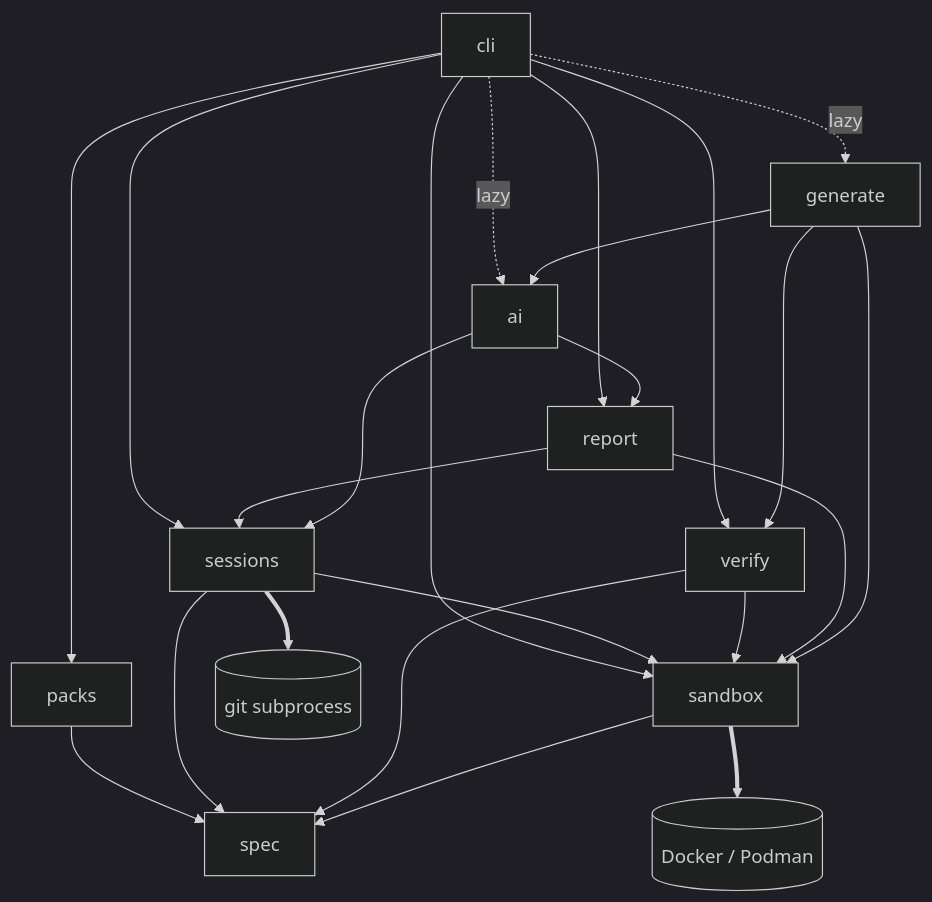
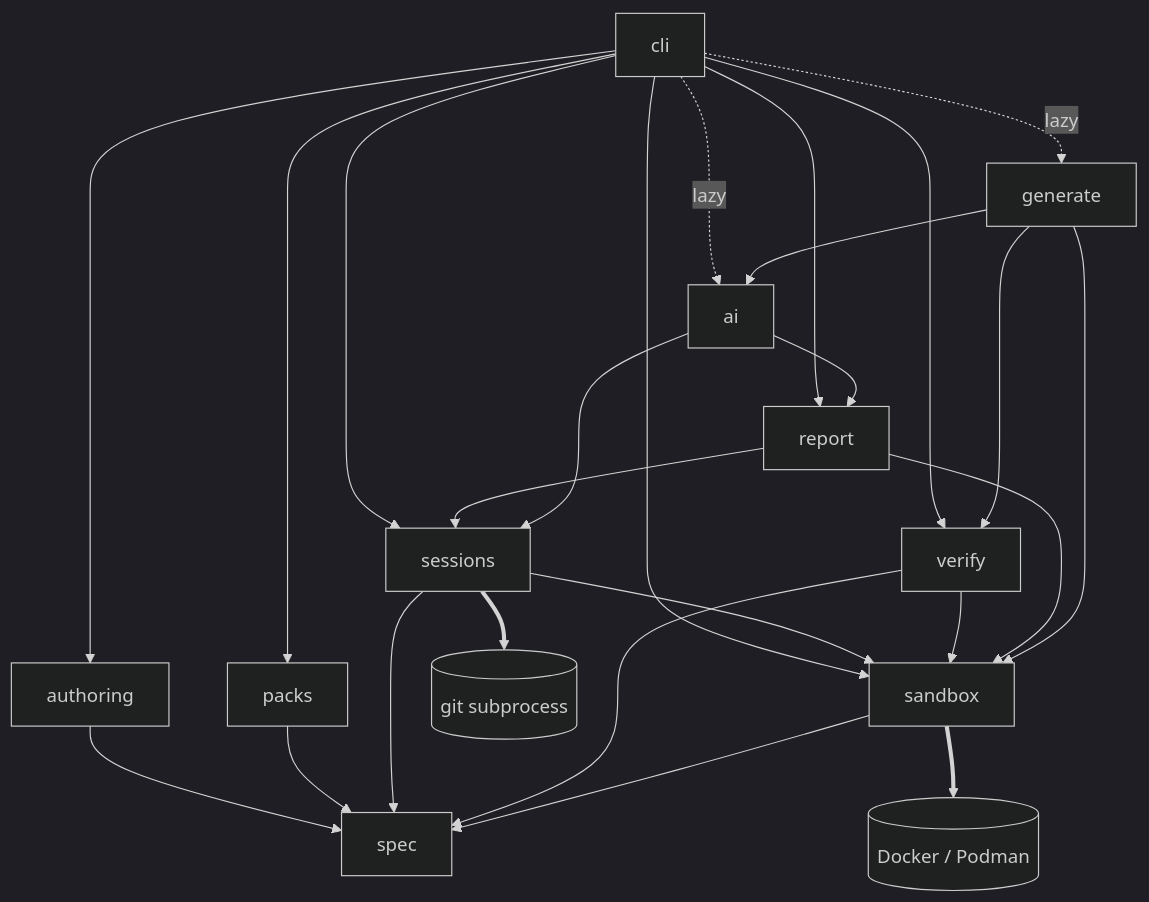
One commit to franndeli/patchground changed the diagram in architecture.md. Above: the diagram before and after it, drawn with Mermaid (dark theme). The commit also changed other lines of this file and 53 other files, not shown here.

````diff
--- a/architecture.md
+++ b/architecture.md
@@ -18,14 +18,15 @@
 ```mermaid
 flowchart TD
-  cli --> packs & sessions & verify & report & sandbox
+  cli --> authoring & packs & sessions & verify & report & sandbox
+  authoring --> spec
   cli -. lazy .-> ai & generate
   packs --> spec
   sessions --> spec & sandbox
   verify --> spec & sandbox
   report --> sessions & sandbox
   sandbox --> spec
   ai --> report & sessions
   generate --> ai & sandbox & verify
   sandbox ==> docker[(Docker / Podman)]
   sessions ==> git[(git subprocess)]
 ```
````
